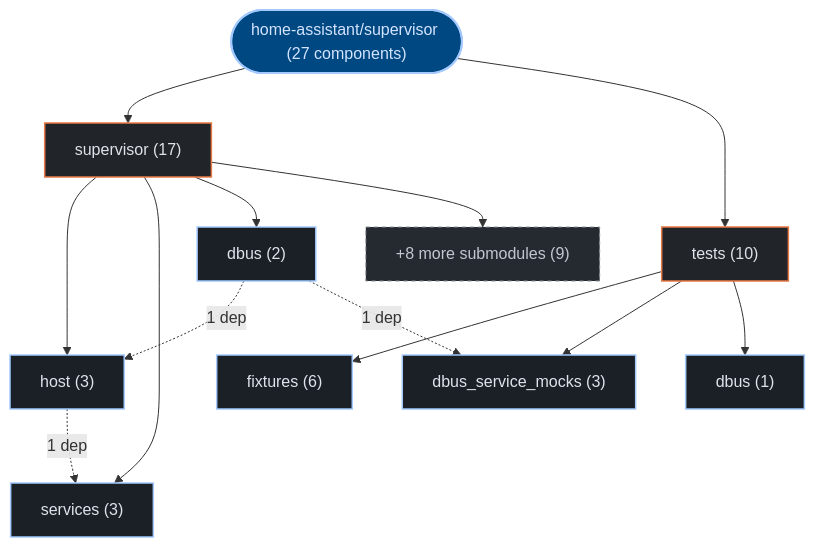
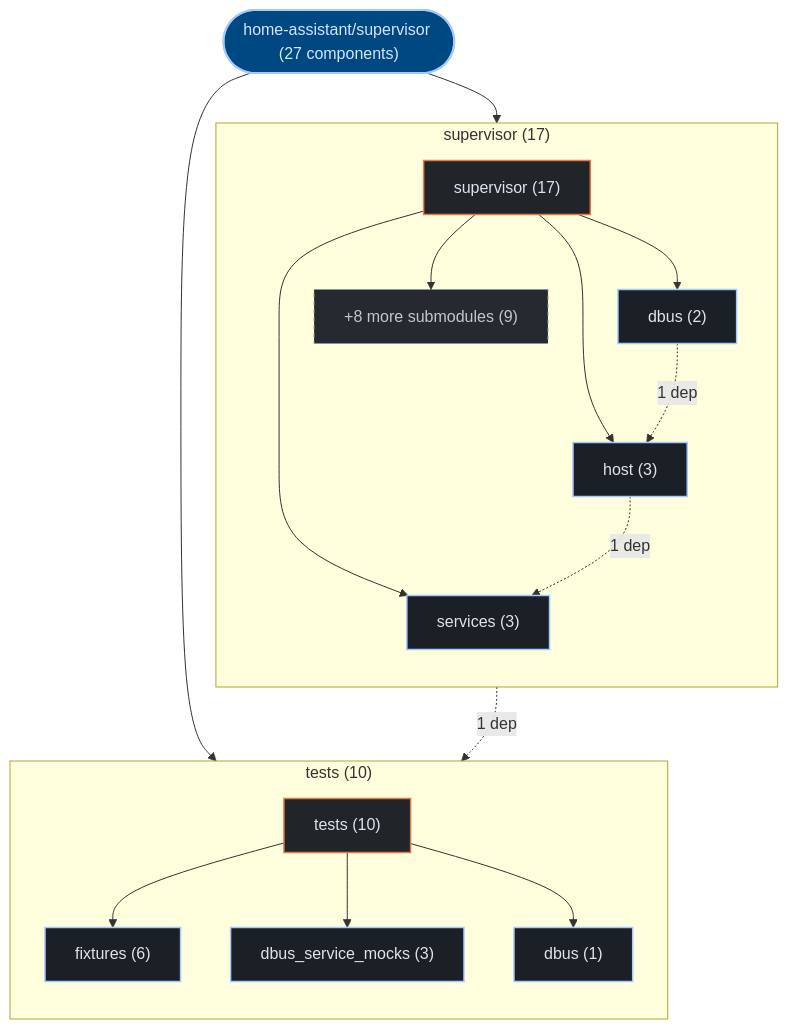
The first of 2 diagrams in exports/latest/reports/home-assistant-supervisor-report.md (kumarshaz/atruss-code-atlas), drawn with Mermaid before and after one commit. The commit also changed 178 other files, not shown here.

Commit message:
feat(ui,mermaid): upgrade to mermaid v12 + ELK layout, add orgs-summary + pagination, subgraph building blocks, fix tab alignment

````diff
--- a/exports/latest/reports/home-assistant-supervisor-report.md
+++ b/exports/latest/reports/home-assistant-supervisor-report.md
@@ -42,32 +42,38 @@
 ```mermaid
 graph TD;
   classDef atlasRoot fill:#004882,stroke:#a3c9ff,stroke-width:2px,color:#d3e4ff
   classDef atlasCategory fill:#212428,stroke:#E87A48,stroke-width:1.5px,color:#dfe3eb
   classDef atlasWorkflow fill:#1b2026,stroke:#a3c9ff,stroke-width:1.5px,color:#dfe3eb
   classDef atlasJob fill:#171c22,stroke:#8d9199,stroke-width:1px,color:#dfe3eb
   classDef atlasTarget fill:#005227,stroke:#8bd99b,stroke-width:1.5px,color:#a7f6b6
   classDef atlasAlert fill:#93000a,stroke:#ffb4ab,stroke-width:1.5px,color:#ffdad6
   classDef atlasMore fill:#252a31,stroke:#8d9199,stroke-dasharray:4 4,color:#c3c6cf
     repo_root(["home-assistant/supervisor (27 components)"]):::atlasRoot
-    dir_0_supervisor["supervisor (17)"]:::atlasCategory
+    subgraph sg_dir_0_supervisor["supervisor (17)"]
+      direction TB
+      dir_0_supervisor["supervisor (17)"]:::atlasCategory
+      sub_0_0_host["host (3)"]:::atlasWorkflow
+      dir_0_supervisor --> sub_0_0_host
+      sub_0_1_services["services (3)"]:::atlasWorkflow
+      dir_0_supervisor --> sub_0_1_services
+      sub_0_2_dbus["dbus (2)"]:::atlasWorkflow
+      dir_0_supervisor --> sub_0_2_dbus
+      sub_0_more["+8 more submodules (9)"]:::atlasMore
+      dir_0_supervisor --> sub_0_more
+    end
     repo_root --> dir_0_supervisor
-    sub_0_0_host["host (3)"]:::atlasWorkflow
-    dir_0_supervisor --> sub_0_0_host
-    sub_0_1_services["services (3)"]:::atlasWorkflow
-    dir_0_supervisor --> sub_0_1_services
-    sub_0_2_dbus["dbus (2)"]:::atlasWorkflow
-    dir_0_supervisor --> sub_0_2_dbus
-    sub_0_more["+8 more submodules (9)"]:::atlasMore
-    dir_0_supervisor --> sub_0_more
-    dir_1_tests["tests (10)"]:::atlasCategory
+    subgraph sg_dir_1_tests["tests (10)"]
+      direction TB
+      dir_1_tests["tests (10)"]:::atlasCategory
+      sub_1_0_fixtures["fixtures (6)"]:::atlasWorkflow
+      dir_1_tests --> sub_1_0_fixtures
+      sub_1_1_dbus_service_mocks["dbus_service_mocks (3)"]:::atlasWorkflow
+      dir_1_tests --> sub_1_1_dbus_service_mocks
+      sub_1_2_dbus["dbus (1)"]:::atlasWorkflow
+      dir_1_tests --> sub_1_2_dbus
+    end
     repo_root --> dir_1_tests
-    sub_1_0_fixtures["fixtures (6)"]:::atlasWorkflow
-    dir_1_tests --> sub_1_0_fixtures
-    sub_1_1_dbus_service_mocks["dbus_service_mocks (3)"]:::atlasWorkflow
-    dir_1_tests --> sub_1_1_dbus_service_mocks
-    sub_1_2_dbus["dbus (1)"]:::atlasWorkflow
-    dir_1_tests --> sub_1_2_dbus
     sub_0_0_host -.->|"1 dep"| sub_0_1_services
     sub_0_2_dbus -.->|"1 dep"| sub_0_0_host
     sub_0_2_dbus -.->|"1 dep"| sub_1_1_dbus_service_mocks
 ```
````
